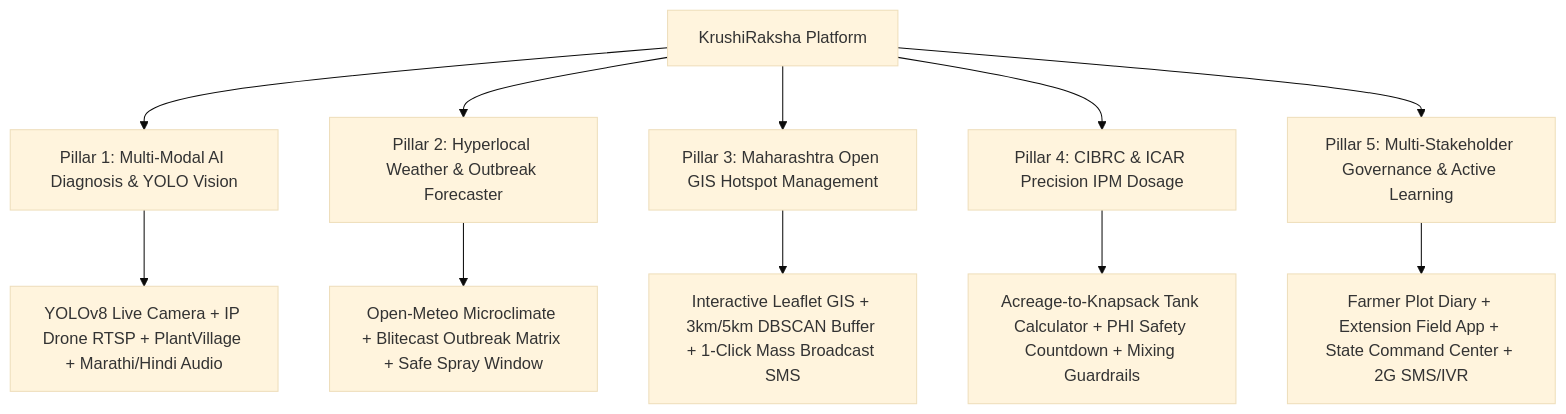
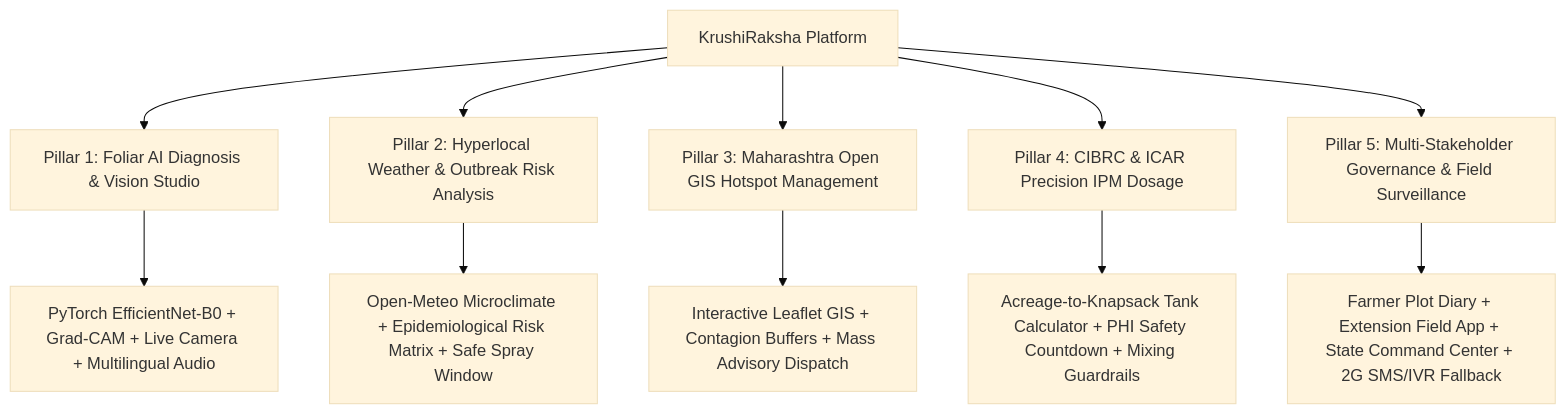
Before and after one commit to Aryan1238/TEAM_BINARY_BEACONS: the diagram in README.md, drawn with Mermaid (base theme). The commit also changed other lines of this file and 23 other files, not shown here.

````diff
--- a/README.md
+++ b/README.md
@@ -40,14 +77,14 @@
 ```mermaid
 graph TD
-    A[KrushiRaksha Platform] --> B[Pillar 1: Multi-Modal AI Diagnosis & YOLO Vision]
-    A --> C[Pillar 2: Hyperlocal Weather & Outbreak Forecaster]
+    A[KrushiRaksha Platform] --> B[Pillar 1: Foliar AI Diagnosis & Vision Studio]
+    A --> C[Pillar 2: Hyperlocal Weather & Outbreak Risk Analysis]
     A --> D[Pillar 3: Maharashtra Open GIS Hotspot Management]
     A --> E[Pillar 4: CIBRC & ICAR Precision IPM Dosage]
-    A --> F[Pillar 5: Multi-Stakeholder Governance & Active Learning]
+    A --> F[Pillar 5: Multi-Stakeholder Governance & Field Surveillance]
 
-    B --> B1[YOLOv8 Live Camera + IP Drone RTSP + PlantVillage + Marathi/Hindi Audio]
-    C --> C1[Open-Meteo Microclimate + Blitecast Outbreak Matrix + Safe Spray Window]
-    D --> D1[Interactive Leaflet GIS + 3km/5km DBSCAN Buffer + 1-Click Mass Broadcast SMS]
+    B --> B1[PyTorch EfficientNet-B0 + Grad-CAM + Live Camera + Multilingual Audio]
+    C --> C1[Open-Meteo Microclimate + Epidemiological Risk Matrix + Safe Spray Window]
+    D --> D1[Interactive Leaflet GIS + Contagion Buffers + Mass Advisory Dispatch]
     E --> E2[Acreage-to-Knapsack Tank Calculator + PHI Safety Countdown + Mixing Guardrails]
-    F --> F1[Farmer Plot Diary + Extension Field App + State Command Center + 2G SMS/IVR]
+    F --> F1[Farmer Plot Diary + Extension Field App + State Command Center + 2G SMS/IVR Fallback]
 ```
````
